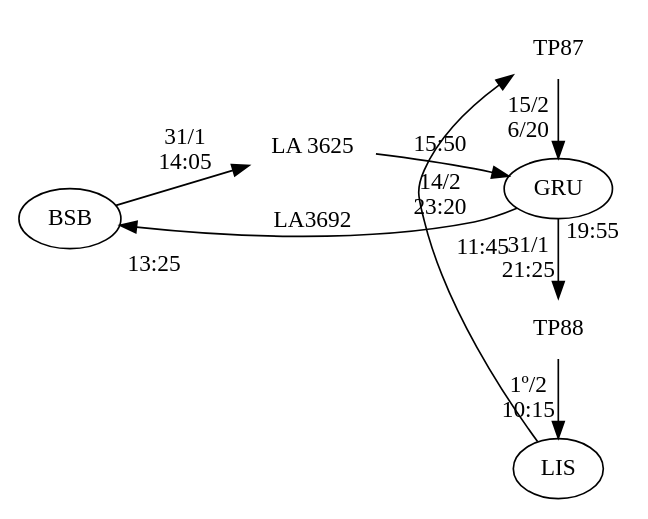
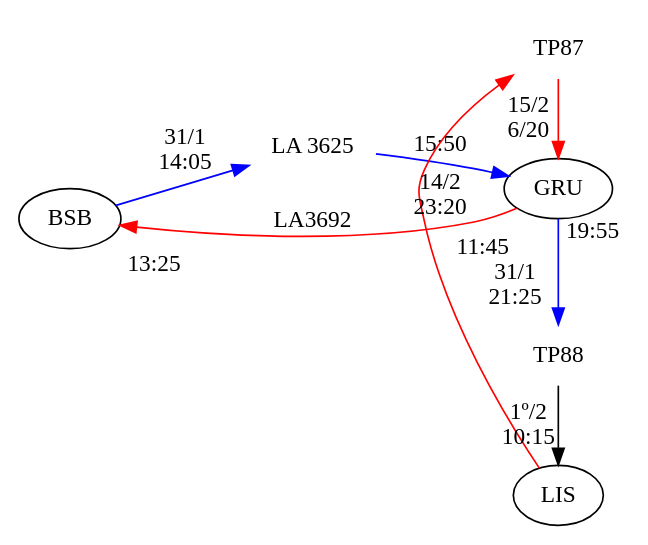
Before and after one commit to wpeixoto/zxciop: the diagram in Transportes/Vôos/diagram.dot, drawn with Graphviz. The commit also changed 3 other files, not shown here.

Commit message:
cores no diagrama; link dump

```diff
--- a/Transportes/Vôos/diagram.dot
+++ b/Transportes/Vôos/diagram.dot
@@ -1,24 +1,24 @@
 digraph voos_brasil {
   rankdir=LR
-  BSB -> LA3625 [label="31/1\n14:05"] 
-  LA3625 -> GRU [label="15:50"]
-  GRU -> BSB [taillabel="\n11:45" headlabel="\n13:25" label="LA3692"]
+  BSB -> LA3625 [label="31/1\n14:05" color=blue]
+  LA3625 -> GRU [label="15:50" color=blue]
+  GRU -> BSB [taillabel="\n11:45" headlabel="\n13:25" label="LA3692" color=red]
   LA3625 [shape=none label="LA 3625"]
   subgraph Euro {
     rank=same
     rankdir=TD
     GRU
     LIS
   subgraph TAP {
     # rank=same
     rankdir=LR
     TP88 [shape=none]
     TP87 [shape=none]
-    GRU -> TP88 [label="31/1\n21:25" taillabel="19:55"]
-    LIS -> TP87 [label="14/2\n23:20" tailport="W" headport="W"]
+    GRU -> TP88 [label="\n31/1\n21:25" taillabel="19:55" color=blue]
+    LIS -> TP87 [label="14/2\n23:20" tailport="W" headport="W" color=red]
     TP88 -> LIS [label="1º/2\n10:15"] 
-    TP87 -> GRU [label="15/2\n6/20"]
+    TP87 -> GRU [label="15/2\n6/20" color=red]
   }
   }
   
 }
```
